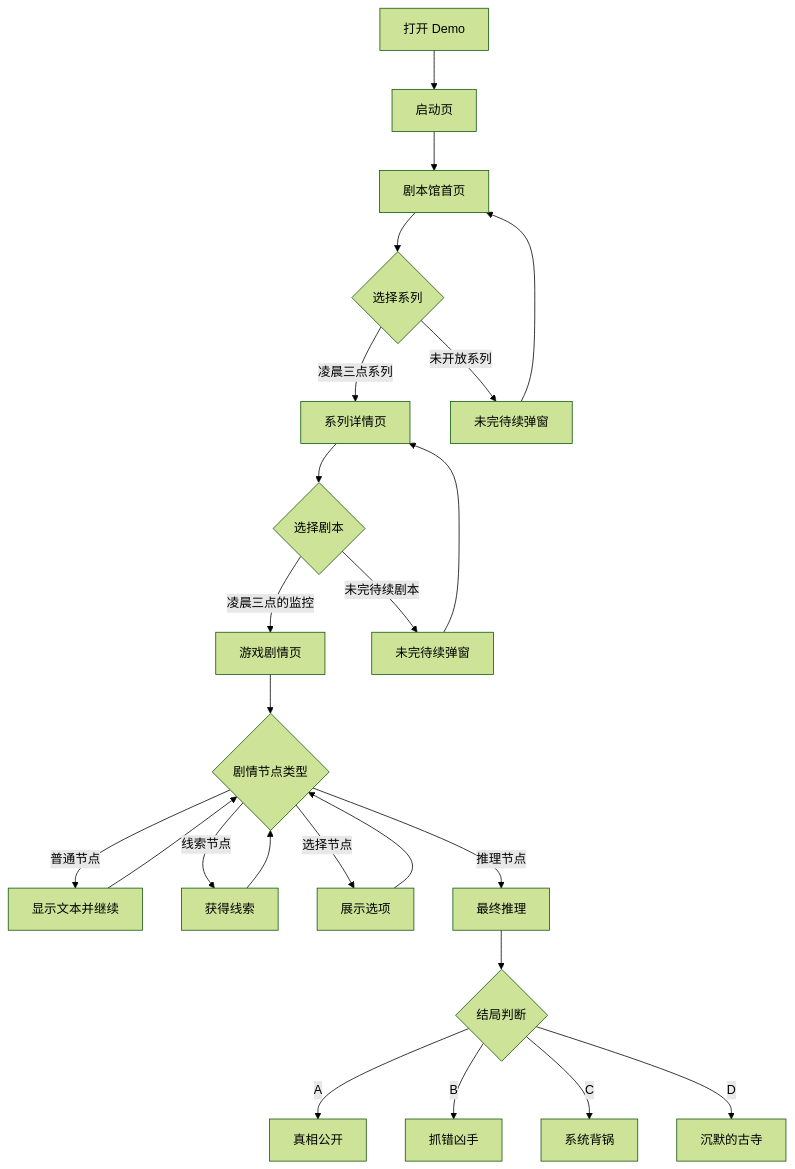
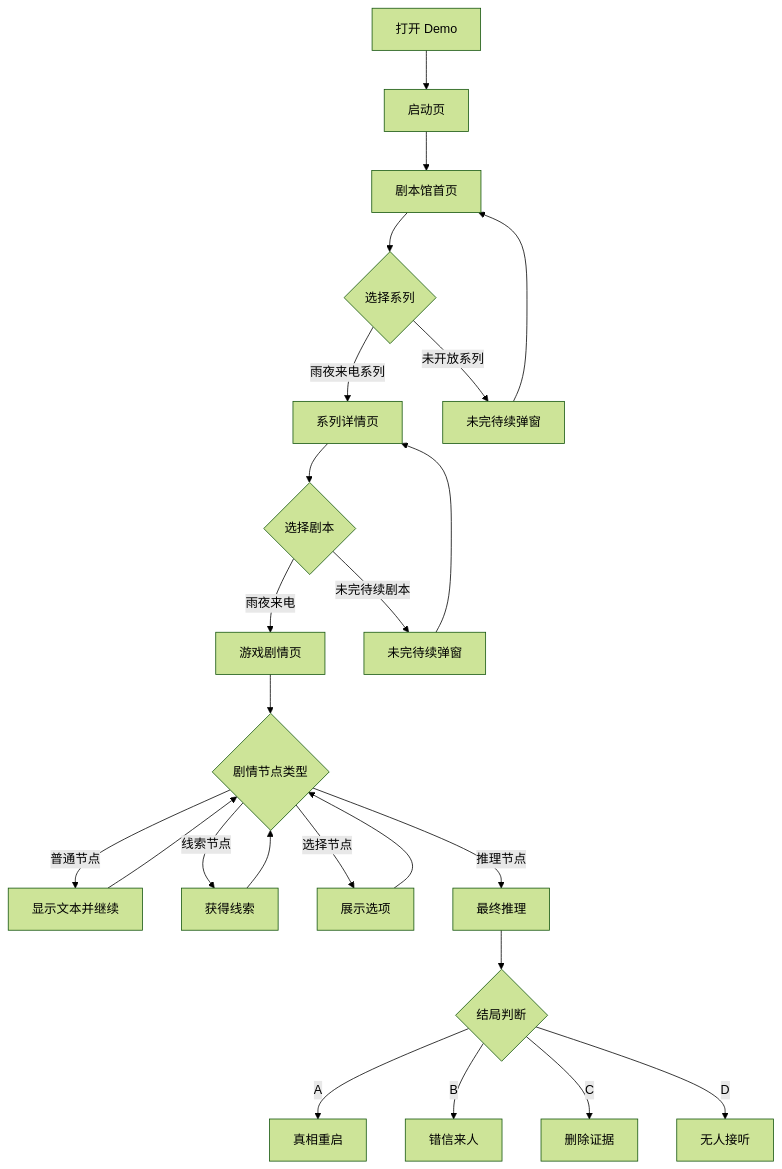
The diagram in docs/PRD_SOFTWARE.md (jorsamj/shijuegushi), drawn with Mermaid (forest theme) before and after one commit. The commit also changed other lines of this file and 3 other files, not shown here.

````diff
--- a/docs/PRD_SOFTWARE.md
+++ b/docs/PRD_SOFTWARE.md
@@ -150,26 +153,26 @@
 ```mermaid
 flowchart TD
     A[打开 Demo] --> B[启动页]
     B --> C[剧本馆首页]
     C --> D{选择系列}
-    D -->|凌晨三点系列| E[系列详情页]
+    D -->|雨夜来电系列| E[系列详情页]
     D -->|未开放系列| F[未完待续弹窗]
     F --> C
     E --> G{选择剧本}
-    G -->|凌晨三点的监控| H[游戏剧情页]
+    G -->|雨夜来电| H[游戏剧情页]
     G -->|未完待续剧本| I[未完待续弹窗]
     I --> E
     H --> J{剧情节点类型}
     J -->|普通节点| K[显示文本并继续]
     J -->|线索节点| L[获得线索]
     J -->|选择节点| M[展示选项]
     J -->|推理节点| N[最终推理]
     K --> J
     L --> J
     M --> J
     N --> O{结局判断}
-    O -->|A| P[真相公开]
-    O -->|B| Q[抓错凶手]
-    O -->|C| R[系统背锅]
-    O -->|D| S[沉默的古寺]
+    O -->|A| P[真相重启]
+    O -->|B| Q[错信来人]
+    O -->|C| R[删除证据]
+    O -->|D| S[无人接听]
 ```
````
